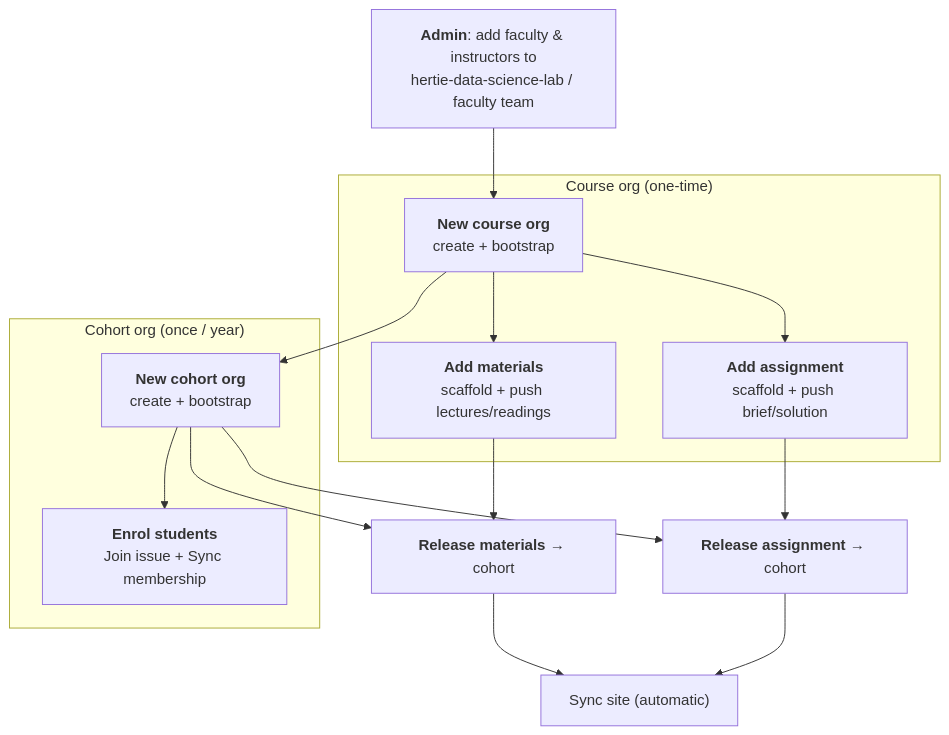
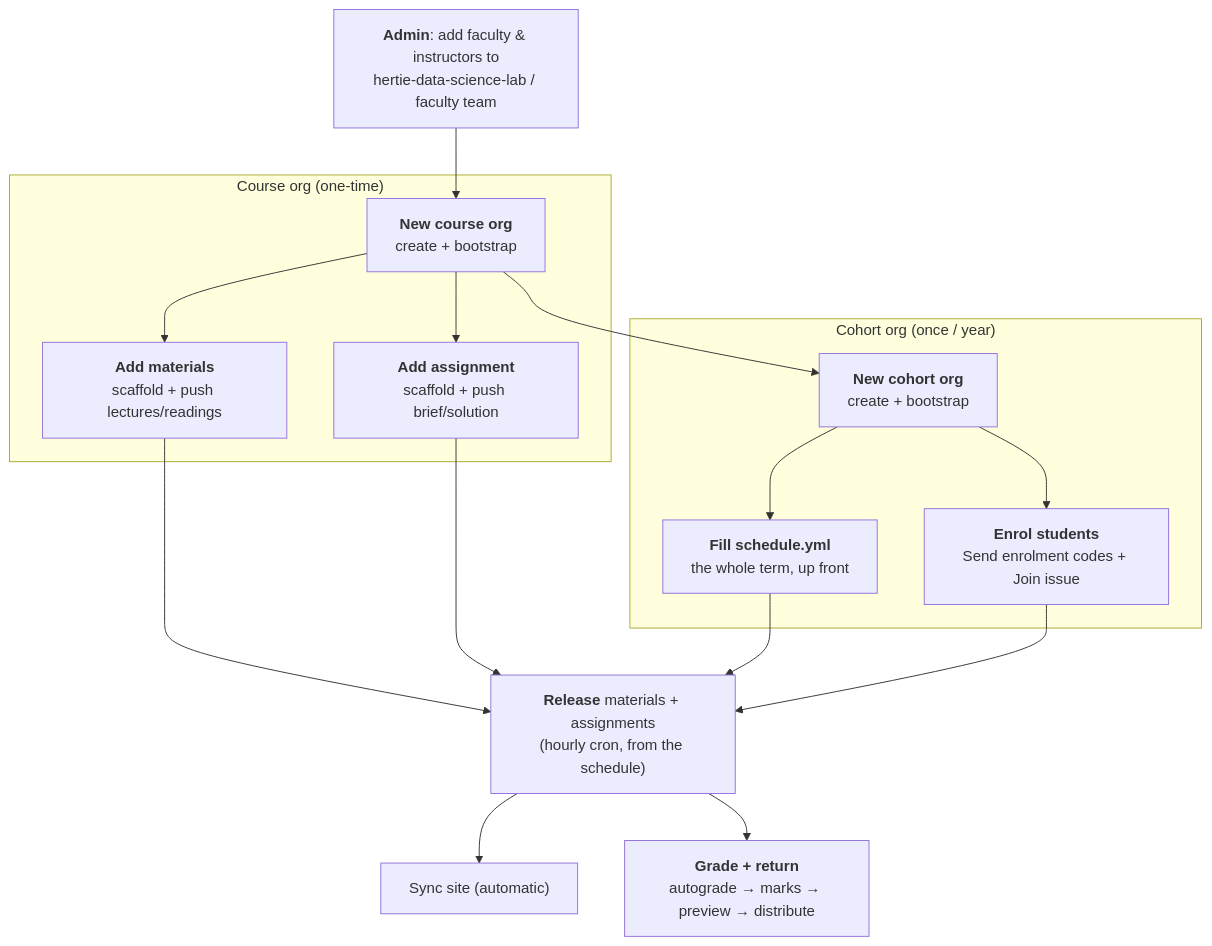
One commit to hertie-data-science-lab/dsl-teaching-course-setup changed the diagram in docs/faculty-and-instructors/README.md. Above: the diagram before and after it, drawn with Mermaid. The commit also changed other lines of this file and 14 other files, not shown here.

````diff
--- a/docs/faculty-and-instructors/README.md
+++ b/docs/faculty-and-instructors/README.md
@@ -31,26 +24,28 @@
 ```mermaid
 flowchart TD
   A["<b>Admin</b>: add faculty & instructors to<br/>hertie-data-science-lab / faculty team"] --> B
 
   subgraph COURSE["Course org (one-time)"]
     B["<b>New course org</b><br/>create + bootstrap"]
     C["<b>Add materials</b><br/>scaffold + push lectures/readings"]
     D["<b>Add assignment</b><br/>scaffold + push brief/solution"]
     B --> C
     B --> D
   end
 
   subgraph COHORT["Cohort org (once / year)"]
     E["<b>New cohort org</b><br/>create + bootstrap"]
-    F["<b>Enrol students</b><br/>Join issue + Sync membership"]
+    S["<b>Fill schedule.yml</b><br/>the whole term, up front"]
+    F["<b>Enrol students</b><br/>Send enrolment codes + Join issue"]
+    E --> S
     E --> F
   end
 
   B --> E
-  C --> G["<b>Release materials</b> → cohort"]
-  D --> H["<b>Release assignment</b> → cohort"]
-  E --> G
-  E --> H
+  C --> G["<b>Release</b> materials + assignments<br/>(hourly cron, from the schedule)"]
+  D --> G
+  S --> G
+  F --> G
   G --> I["Sync site (automatic)"]
-  H --> I
+  G --> J["<b>Grade + return</b><br/>autograde → marks → preview → distribute"]
 ```
````
